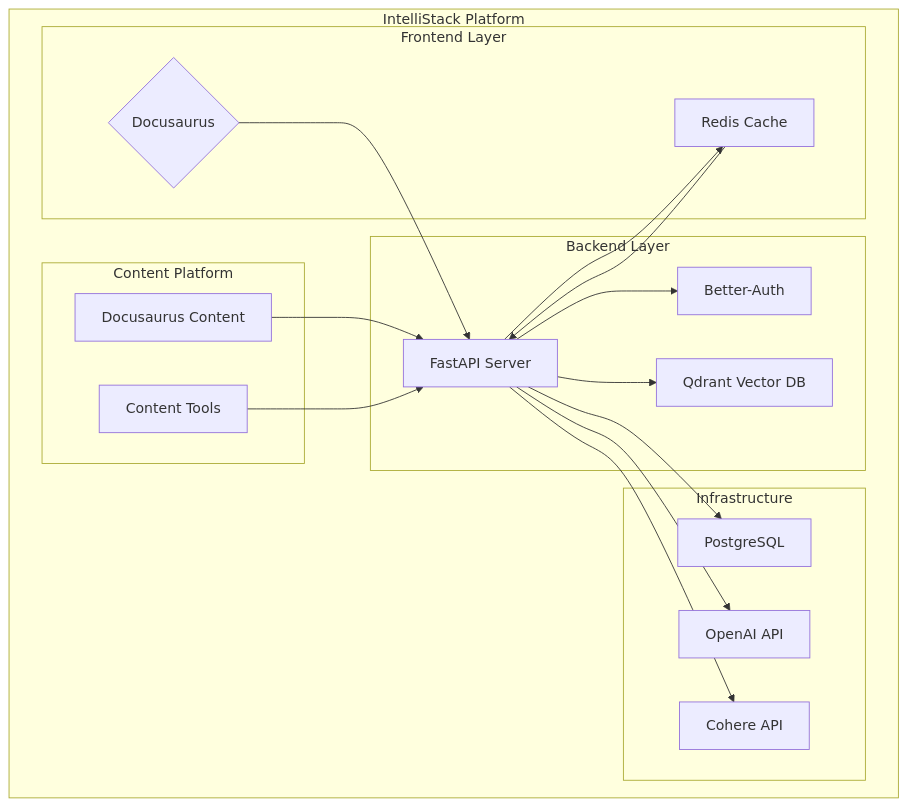
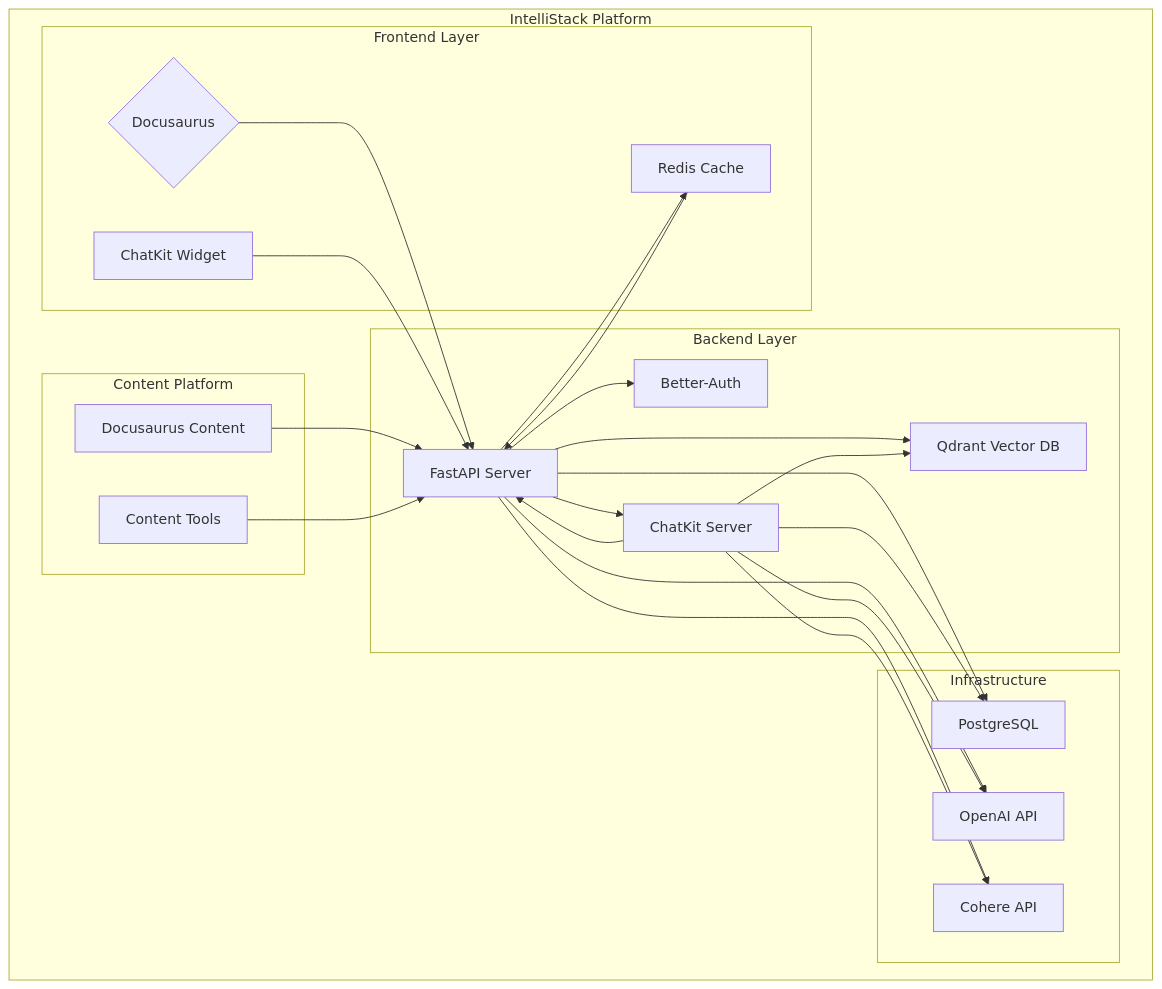
Before and after one commit to SARAMALI15792/AINativeBook: the diagram in README.md, drawn with Mermaid. The commit also changed other lines of this file and 1 other file, not shown here.

First line of the commit message:
docs: update architecture diagram with ChatKit routing and add ChatKit documentation

````diff
--- a/README.md
+++ b/README.md
@@ -61,38 +61,47 @@
 ```mermaid
 graph TB
     subgraph "IntelliStack Platform"
         subgraph "Frontend Layer"
             D{Docusaurus}
             R{React Components}
+            CK[ChatKit Widget]
         end
 
         subgraph "Backend Layer"
             A[FastAPI Server]
             B[Better-Auth]
             C[Qdrant Vector DB]
+            CKS[ChatKit Server]
         end
 
         subgraph "Infrastructure"
             P[PostgreSQL]
             R[Redis Cache]
             O[OpenAI API]
             CO[Cohere API]
         end
 
         subgraph "Content Platform"
             DP[Docusaurus Content]
             CT[Content Tools]
         end
     end
 
     D --> A
     R --> A
+    CK --> A
     A --> B
     A --> C
     A --> P
     A --> R
     A --> O
     A --> CO
+    A --> CKS
     DP --> A
     CT --> A
+    CKS --> A
+    CKS --> C
+    CKS --> P
+    CKS --> O
+    CKS --> CO
 ```
````
